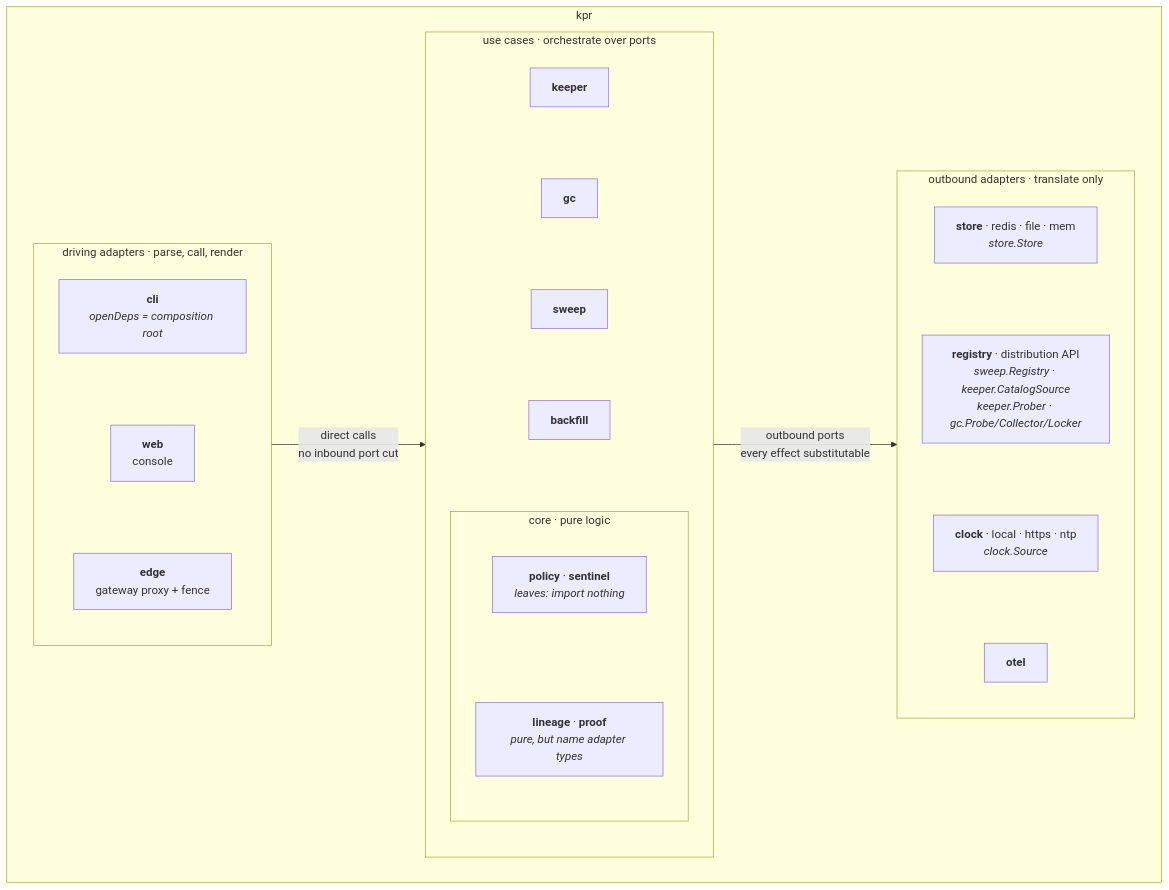
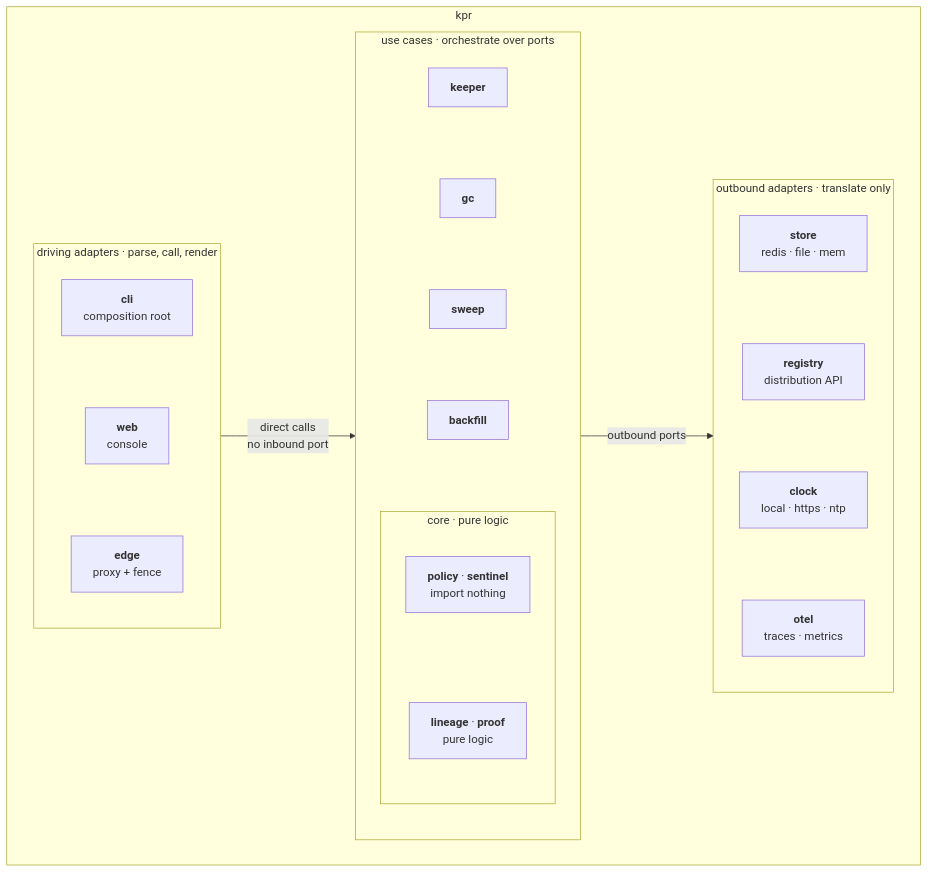
One commit to noroutine/kpr changed the diagram in docs/HEXAGONAL.md. Above: the diagram before and after it, drawn with Mermaid.

Commit message:
Trim port-map nodes to semantic roles
The registry node carried four Go identifiers across three lines
and got clipped in Forgejo's renderer. Concrete port names were
duplicating "How hexagonal is it", which lists them all, so the
nodes keep only what the picture is for: what each package is.
Node labels are now uniform and short enough that no renderer has
to wrap them.

````diff
--- a/docs/HEXAGONAL.md
+++ b/docs/HEXAGONAL.md
@@ -70,36 +70,36 @@
 ```mermaid
 flowchart LR
 
   subgraph hex["kpr"]
     direction LR
 
     subgraph driving["driving adapters · parse, call, render"]
       direction TB
-      cli["<b>cli</b><br/><i>openDeps = composition root</i>"] ~~~
+      cli["<b>cli</b><br/>composition root"] ~~~
       web["<b>web</b><br/>console"] ~~~
-      edge["<b>edge</b><br/>gateway proxy + fence"]
+      edge["<b>edge</b><br/>proxy + fence"]
     end
 
     subgraph app["use cases · orchestrate over ports"]
       direction TB
       keeper["<b>keeper</b>"] ~~~ gcu["<b>gc</b>"] ~~~ sweepu["<b>sweep</b>"] ~~~ backfill["<b>backfill</b>"]
       subgraph core["core · pure logic"]
         direction TB
-        policy["<b>policy</b> · <b>sentinel</b><br/><i>leaves: import nothing</i>"] ~~~
-        proofl["<b>lineage</b> · <b>proof</b><br/><i>pure, but name adapter types</i>"]
+        policy["<b>policy</b> · <b>sentinel</b><br/>import nothing"] ~~~
+        proofl["<b>lineage</b> · <b>proof</b><br/>pure logic"]
       end
       backfill ~~~ core
     end
 
     subgraph driven["outbound adapters · translate only"]
       direction TB
-      store["<b>store</b> · redis · file · mem<br/><i>store.Store</i>"] ~~~
-      registry["<b>registry</b> · distribution API<br/><i>sweep.Registry · keeper.CatalogSource<br/>keeper.Prober · gc.Probe/Collector/Locker</i>"] ~~~
-      clock["<b>clock</b> · local · https · ntp<br/><i>clock.Source</i>"] ~~~
-      otel["<b>otel</b>"]
+      store["<b>store</b><br/>redis · file · mem"] ~~~
+      registry["<b>registry</b><br/>distribution API"] ~~~
+      clock["<b>clock</b><br/>local · https · ntp"] ~~~
+      otel["<b>otel</b><br/>traces · metrics"]
     end
   end
 
-  driving -- "direct calls<br/>no inbound port cut" --> app
-  app -- "outbound ports<br/>every effect substitutable" --> driven
+  driving -- "direct calls<br/>no inbound port" --> app
+  app -- "outbound ports" --> driven
 ```
````
